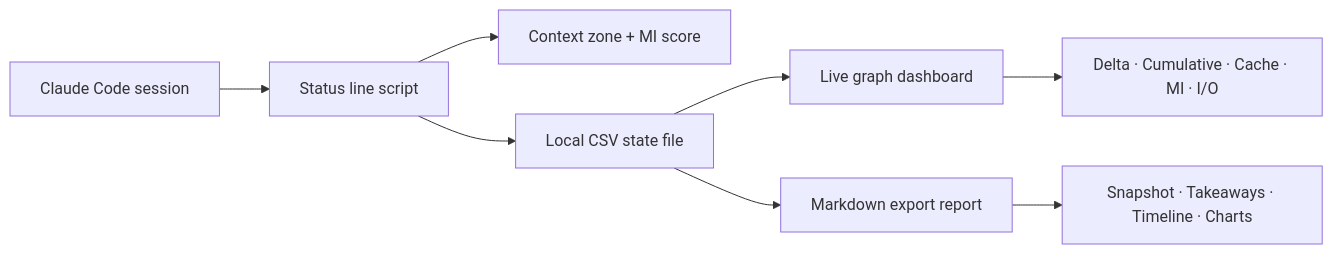
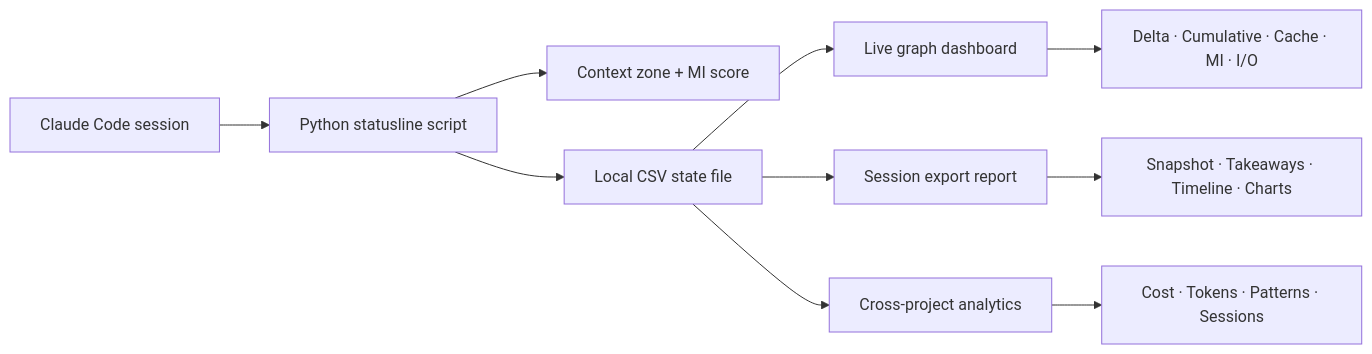
The diagram in README.md (luongnv89/cc-context-stats), drawn with Mermaid before and after one commit. The commit also changed other lines of this file and 13 other files, not shown here.

First line of the commit message:
refactor: remove context-stats.sh shell script, complete Python-only migration

````diff
--- a/README.md
+++ b/README.md
@@ -20,10 +20,12 @@
 ```mermaid
 graph LR
-    A["Claude Code session"] --> B["Status line script"]
+    A["Claude Code session"] --> B["Python statusline script"]
     B --> C["Context zone + MI score"]
     B --> D["Local CSV state file"]
     D --> E["Live graph dashboard"]
-    D --> F["Markdown export report"]
-    E --> G["Delta · Cumulative · Cache · MI · I/O"]
-    F --> H["Snapshot · Takeaways · Timeline · Charts"]
+    D --> F["Session export report"]
+    D --> G["Cross-project analytics"]
+    E --> H["Delta · Cumulative · Cache · MI · I/O"]
+    F --> I["Snapshot · Takeaways · Timeline · Charts"]
+    G --> J["Cost · Tokens · Patterns · Sessions"]
 ```
````
